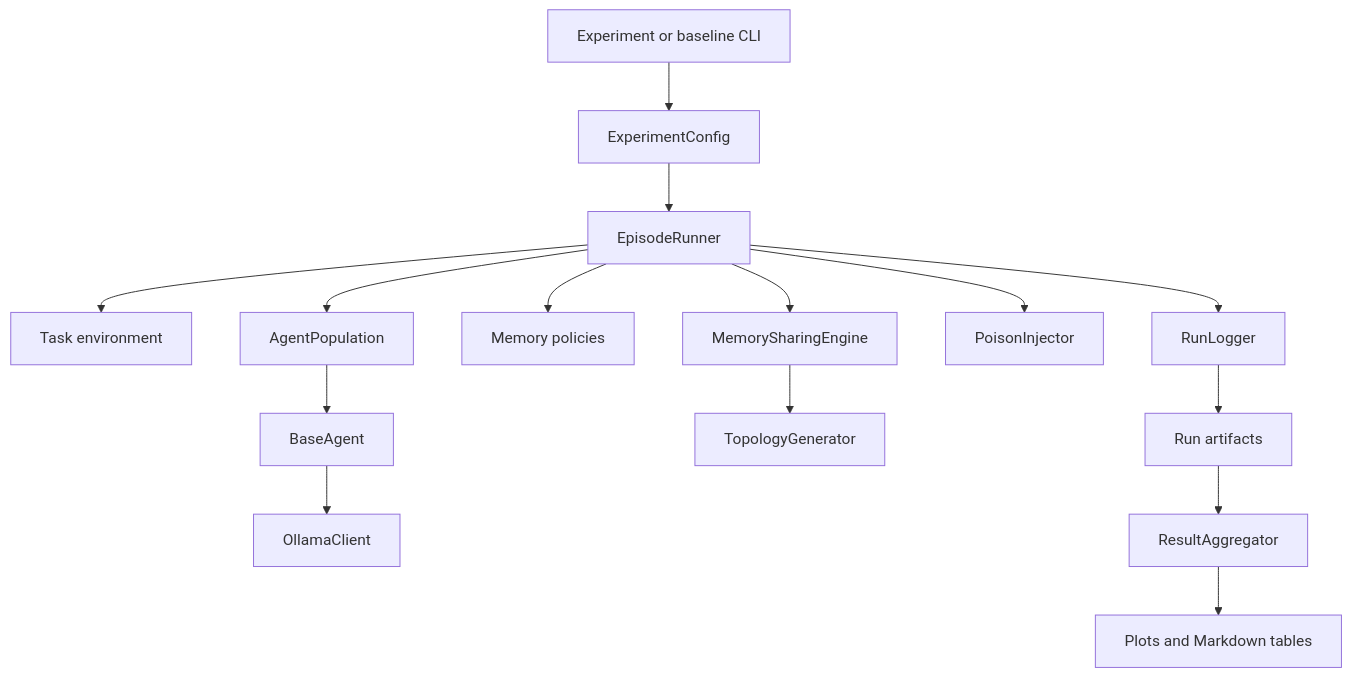
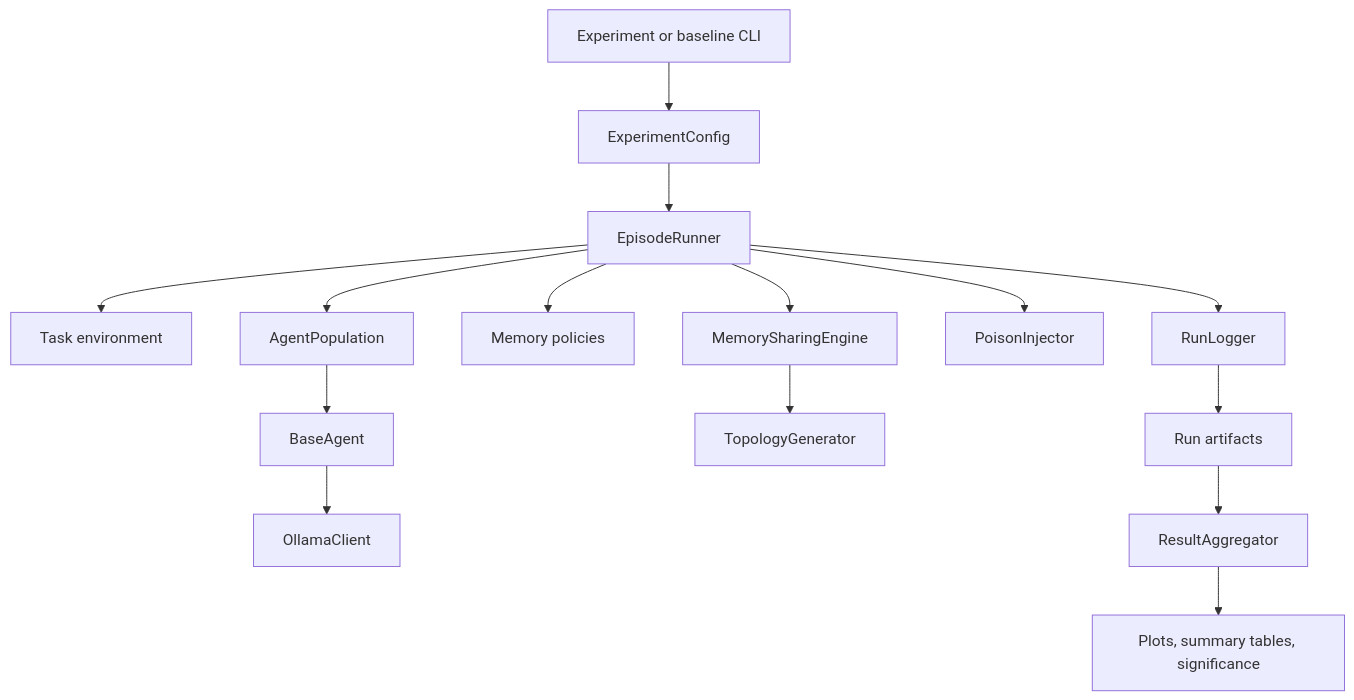
Before and after one commit to uzairlol/seam: the first of 2 diagrams in README.md, drawn with Mermaid. The commit also changed other lines of this file, not shown here.

````diff
--- a/README.md
+++ b/README.md
@@ -52,17 +94,17 @@
 ```mermaid
 flowchart TD
     CLI[Experiment or baseline CLI] --> CFG[ExperimentConfig]
     CFG --> RUN[EpisodeRunner]
     RUN --> ENV[Task environment]
     RUN --> POP[AgentPopulation]
     POP --> AG[BaseAgent]
     AG --> LLM[OllamaClient]
     RUN --> MEM[Memory policies]
     RUN --> SHARE[MemorySharingEngine]
     SHARE --> TOPO[TopologyGenerator]
     RUN --> POISON[PoisonInjector]
     RUN --> LOG[RunLogger]
     LOG --> ART[Run artifacts]
     ART --> AGG[ResultAggregator]
-    AGG --> PLOT[Plots and Markdown tables]
+    AGG --> PLOT[Plots, summary tables, significance]
 ```
````
